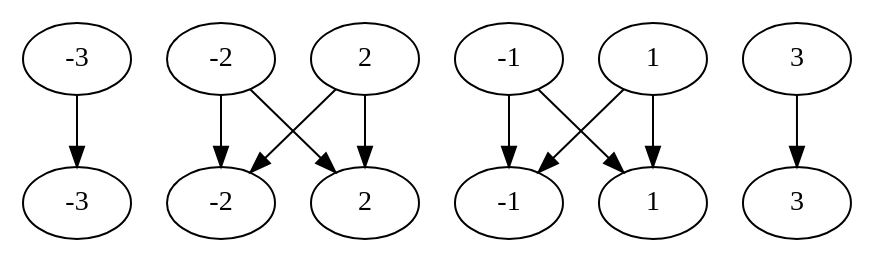
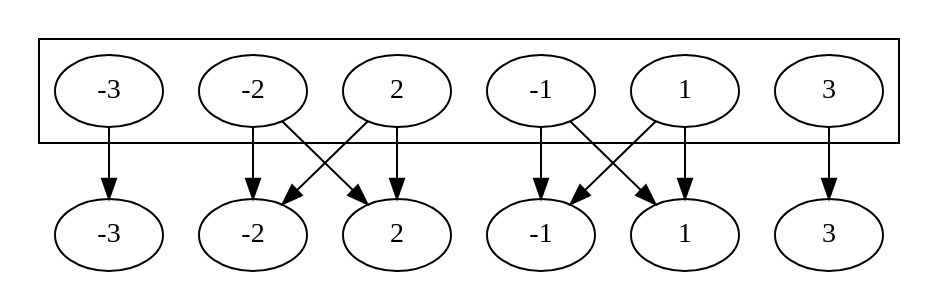
The diagram in CSDS 302 - Discrete Math/HW/1.md (tnichols217/notes), drawn with Graphviz before and after one commit.

Commit message:
vault backup: 2024-01-26 12:29:35

````diff
--- a/CSDS 302 - Discrete Math/HW/1.md
+++ b/CSDS 302 - Discrete Math/HW/1.md
@@ -132,22 +132,25 @@
 ```dot
 digraph {
-	a [label=-3]
-	b [label=-2]
-	c [label=-1]
-	d [label=1]
-	e [label=2]
-	f [label=3]
+	subgraph {
+		cluster=true
+		a [label=-3]
+		b [label=-2]
+		c [label=-1]
+		d [label=1]
+		e [label=2]
+		f [label=3]
+	}
 	A [label=-3]
 	B [label=-2]
 	C [label=-1]
 	D [label=1]
 	E [label=2]
 	F [label=3]
 	a -> A
 	b -> {B E}
 	c -> {C D}
 	d -> {C D}
 	e -> {B E}
 	f -> F
 }
 ```
````
